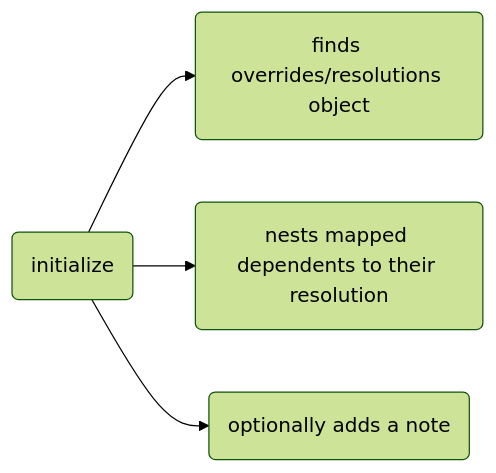
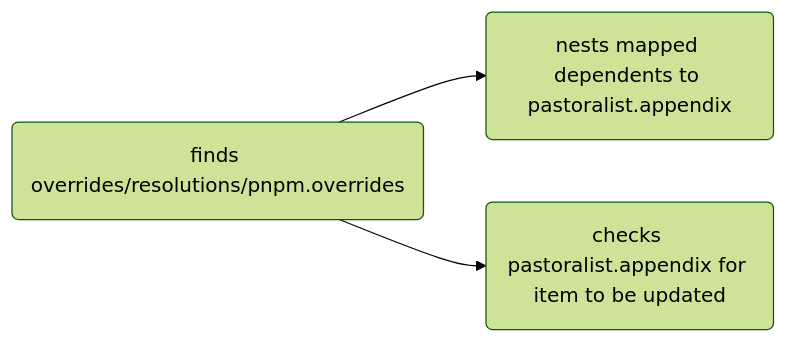
Before and after one commit to yowainwright/pastoralist: the first of 2 diagrams in docs/pasture-lifecycle.md, drawn with Mermaid (forest theme). The commit also changed other lines of this file and 2 other files, not shown here.

````diff
--- a/docs/pasture-lifecycle.md
+++ b/docs/pasture-lifecycle.md
@@ -5,7 +16,6 @@
 ```mermaid
 flowchart LR
-A(initialize);
-A --> B(finds overrides/resolutions object);
-A --> C(nests mapped dependents to their resolution);
-A --> D(optionally adds a note);
+A(finds overrides/resolutions/pnpm.overrides);
+A --> B(nests mapped dependents to pastoralist.appendix);
+A --> C(checks pastoralist.appendix for item to be updated);
 ```
````
